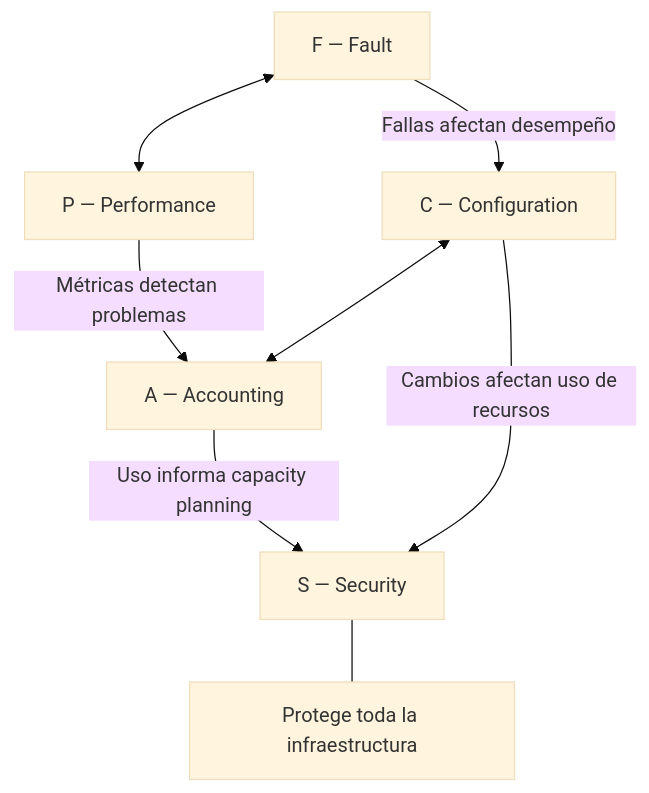
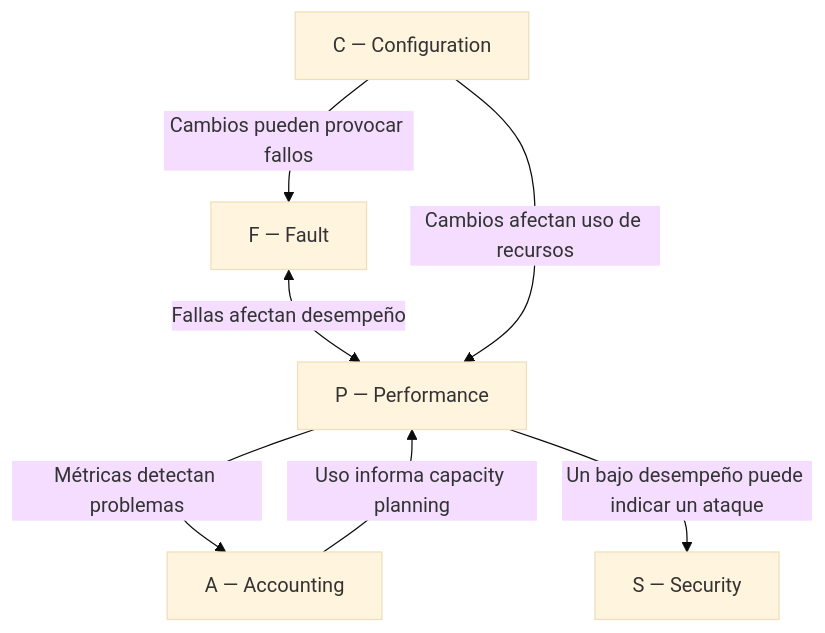
Before and after one commit to vicapedro/monorepo-apuntes-materias: the diagram in Administracion-de-Redes/1. Funciones de la administración de redes/1.0 FCAPS Sinopsis.md, drawn with Mermaid (base theme). The commit also changed other lines of this file and 19 other files, not shown here.

````diff
--- a/Administracion-de-Redes/1. Funciones de la administración de redes/1.0 FCAPS Sinopsis.md
+++ b/Administracion-de-Redes/1. Funciones de la administración de redes/1.0 FCAPS Sinopsis.md
@@ -104,12 +101,12 @@
 ```mermaid
 flowchart TB
-    F["F — Fault"] <--> P["P — Performance"]
-    F -->|Fallas afectan desempeño| C["C — Configuration"]
+    F["F — Fault"] <--> |Fallas afectan desempeño| P["P — Performance"]
+    C["C — Configuration"] --> |Cambios pueden provocar fallos| F
     P -->|Métricas detectan problemas| A["A — Accounting"]
 
-    C <--> A
-    C -->|Cambios afectan uso de recursos| S["S — Security"]
-    A -->|Uso informa capacity planning| S
+    
+    C -->|Cambios afectan uso de recursos| P
+    A -->|Uso informa capacity planning| P
 
-    S --- X["Protege toda la infraestructura"]
+    P -->|"Un bajo desempeño puede indicar un ataque"| S["S — Security"]
 ```
````
